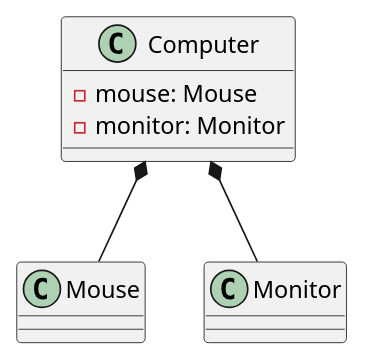
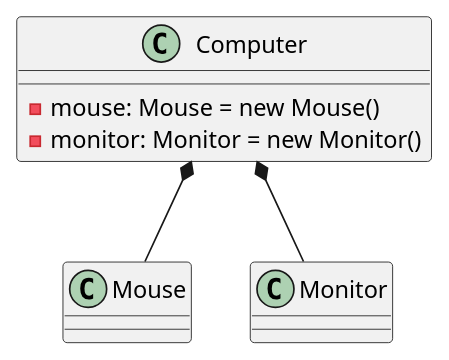
The diagram in src/pers/caijx/uml/composition/CompositionUML.puml (SmileCJX/DesignPattern), drawn with PlantUML before and after one commit.

Commit message:
组合关系类图2

```diff
--- a/src/pers/caijx/uml/composition/CompositionUML.puml
+++ b/src/pers/caijx/uml/composition/CompositionUML.puml
@@ -1,12 +1,12 @@
 @startuml
 
 class Mouse
 class Monitor
 class Computer
-Computer : -mouse: Mouse
-Computer : -monitor: Monitor
+Computer : -mouse: Mouse = new Mouse()
+Computer : -monitor: Monitor = new Monitor()
 
 Computer *-- Mouse
 Computer *-- Monitor
 
 @enduml
```
